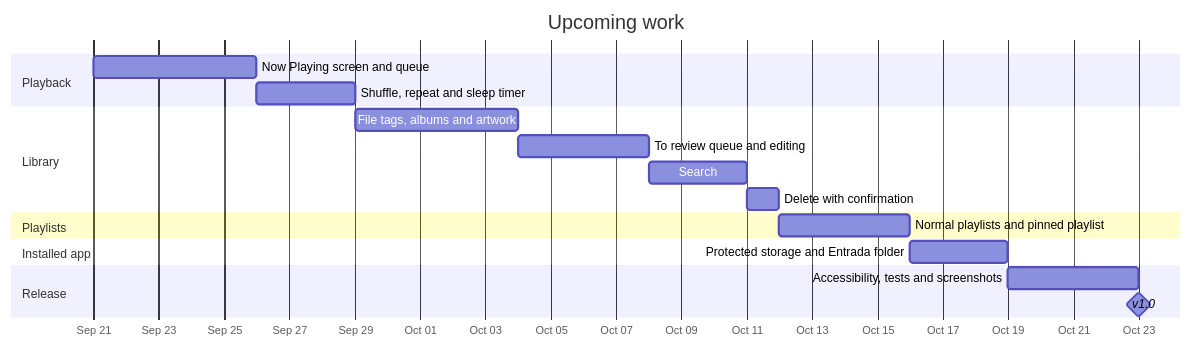
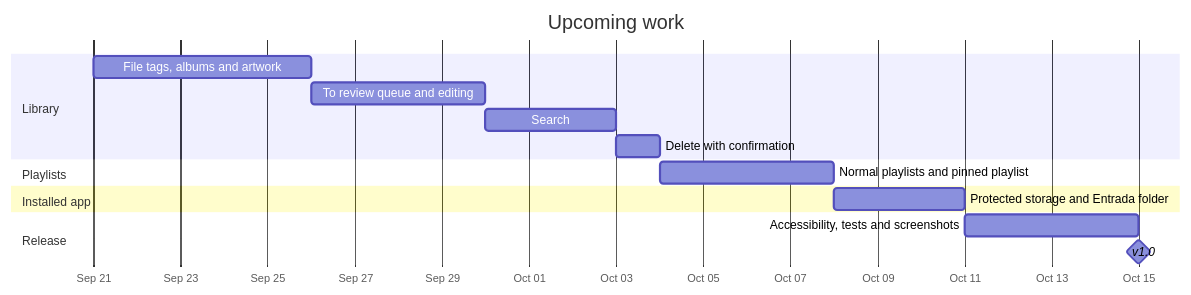
One commit to sabrinasalomon/CoryMusic changed the diagram in docs/ROADMAP.md. Above: the diagram before and after it, drawn with Mermaid. The commit also changed other lines of this file and 24 other files, not shown here.

First line of the commit message:
Add Now Playing, queue and sleep timer

````diff
--- a/docs/ROADMAP.md
+++ b/docs/ROADMAP.md
@@ -18,26 +19,22 @@
 ```mermaid
 gantt
     title Upcoming work
     dateFormat YYYY-MM-DD
     axisFormat %b %d
 
-    section Playback
-    Now Playing screen and queue           :p1, 2026-09-21, 5d
-    Shuffle, repeat and sleep timer        :p2, after p1, 3d
-
     section Library
-    File tags, albums and artwork          :l1, after p2, 5d
+    File tags, albums and artwork          :l1, 2026-09-21, 5d
     To review queue and editing            :l2, after l1, 4d
     Search                                 :l3, after l2, 3d
     Delete with confirmation               :l4, after l3, 1d
 
     section Playlists
     Normal playlists and pinned playlist   :pl1, after l4, 4d
 
     section Installed app
     Protected storage and Entrada folder   :i1, after pl1, 3d
 
     section Release
     Accessibility, tests and screenshots   :r1, after i1, 4d
     v1.0                                   :milestone, r2, after r1, 0d
 ```
````
